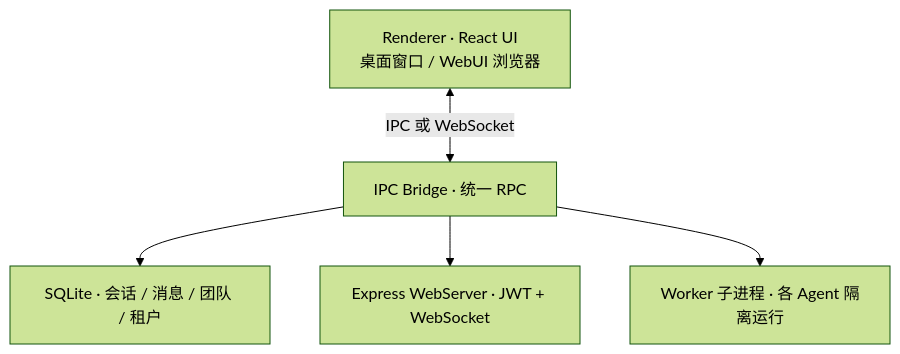
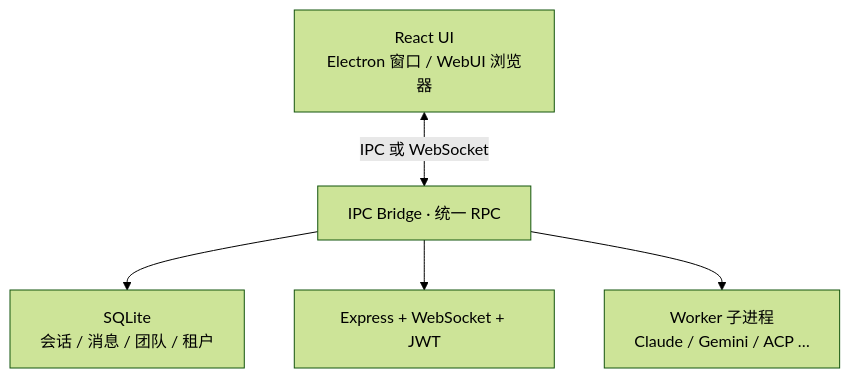
One commit to gaogg521/1ONE-ClaudeCode changed the third of 3 diagrams in readme.md. Above: the diagram before and after it, drawn with Mermaid (forest theme). The commit also changed other lines of this file, not shown here.

````diff
--- a/readme.md
+++ b/readme.md
@@ -260,13 +321,11 @@
 ```mermaid
 flowchart TB
-  UI["Renderer · React UI<br/>桌面窗口 / WebUI 浏览器"]
+  UI["React UI<br/>Electron 窗口 / WebUI 浏览器"]
   Bridge["IPC Bridge · 统一 RPC"]
-  DB["SQLite · 会话 / 消息 / 团队 / 租户"]
-  WS["Express WebServer · JWT + WebSocket"]
-  Workers["Worker 子进程 · 各 Agent 隔离运行"]
+  DB["SQLite<br/>会话 / 消息 / 团队 / 租户"]
+  WS["Express + WebSocket + JWT"]
+  Workers["Worker 子进程<br/>Claude / Gemini / ACP …"]
 
   UI <-->|IPC 或 WebSocket| Bridge
-  Bridge --> DB
-  Bridge --> WS
-  Bridge --> Workers
+  Bridge --> DB & WS & Workers
 ```
````
